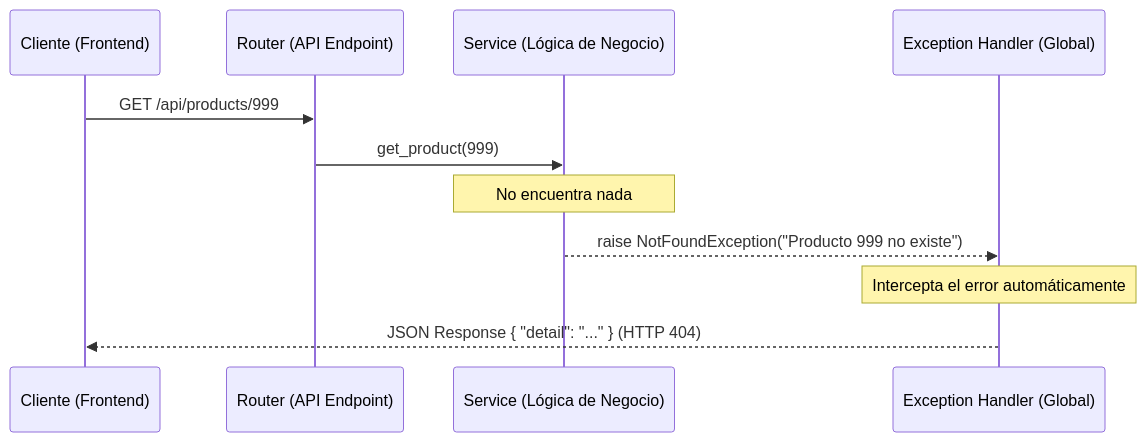
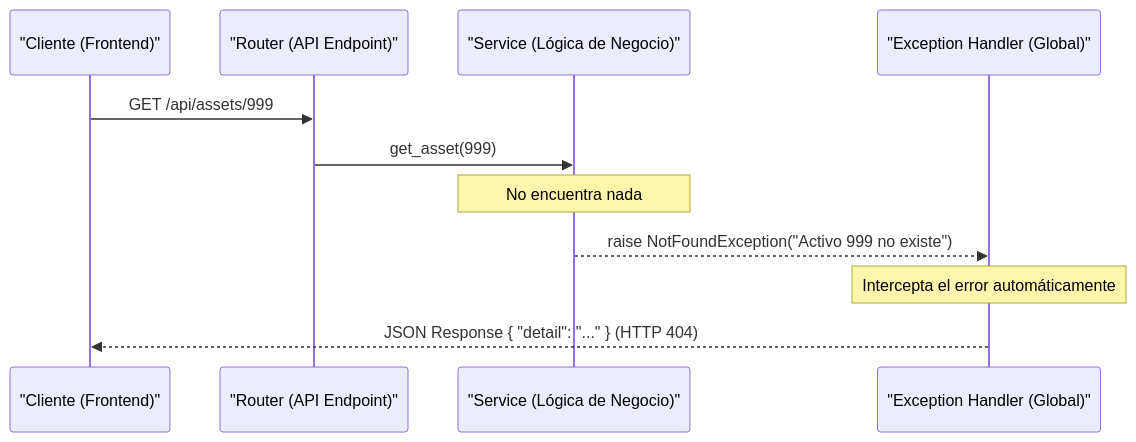
One commit to henrytaby/uyuni-backend-py changed the diagram in docs/EXCEPTION_HANDLING_GUIDE.md. Above: the diagram before and after it, drawn with Mermaid. The commit also changed 58 other files, not shown here.

````diff
--- a/docs/EXCEPTION_HANDLING_GUIDE.md
+++ b/docs/EXCEPTION_HANDLING_GUIDE.md
@@ -40,16 +40,16 @@
 ```mermaid
 sequenceDiagram
-    participant C as Cliente (Frontend)
-    participant R as Router (API Endpoint)
-    participant S as Service (Lógica de Negocio)
-    participant H as Exception Handler (Global)
+    participant C as "Cliente (Frontend)"
+    participant R as "Router (API Endpoint)"
+    participant S as "Service (Lógica de Negocio)"
+    participant H as "Exception Handler (Global)"
 
-    C->>R: GET /api/products/999
-    R->>S: get_product(999)
+    C->>R: GET /api/assets/999
+    R->>S: get_asset(999)
     
     Note over S: No encuentra nada
-    S-->>H: raise NotFoundException("Producto 999 no existe")
+    S-->>H: raise NotFoundException("Activo 999 no existe")
     
     Note over H: Intercepta el error automáticamente
     H-->>C: JSON Response { "detail": "..." } (HTTP 404)
 ```
````
